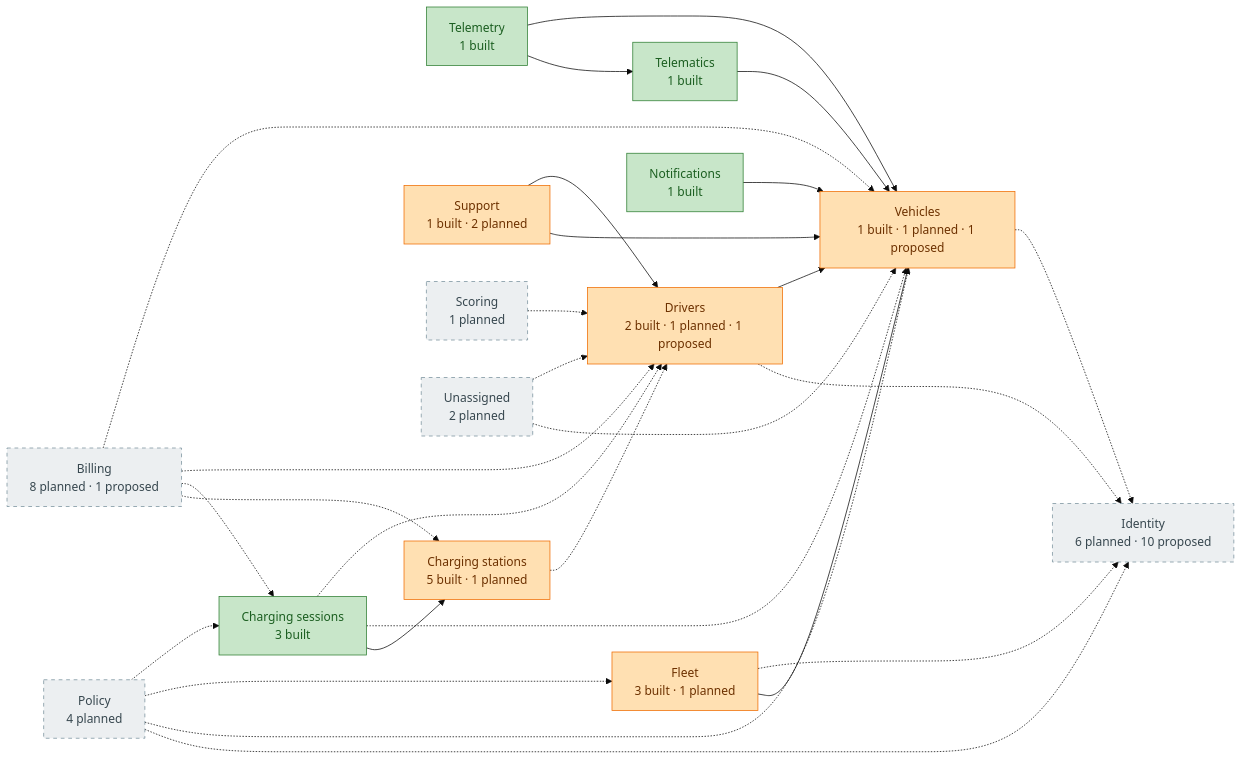
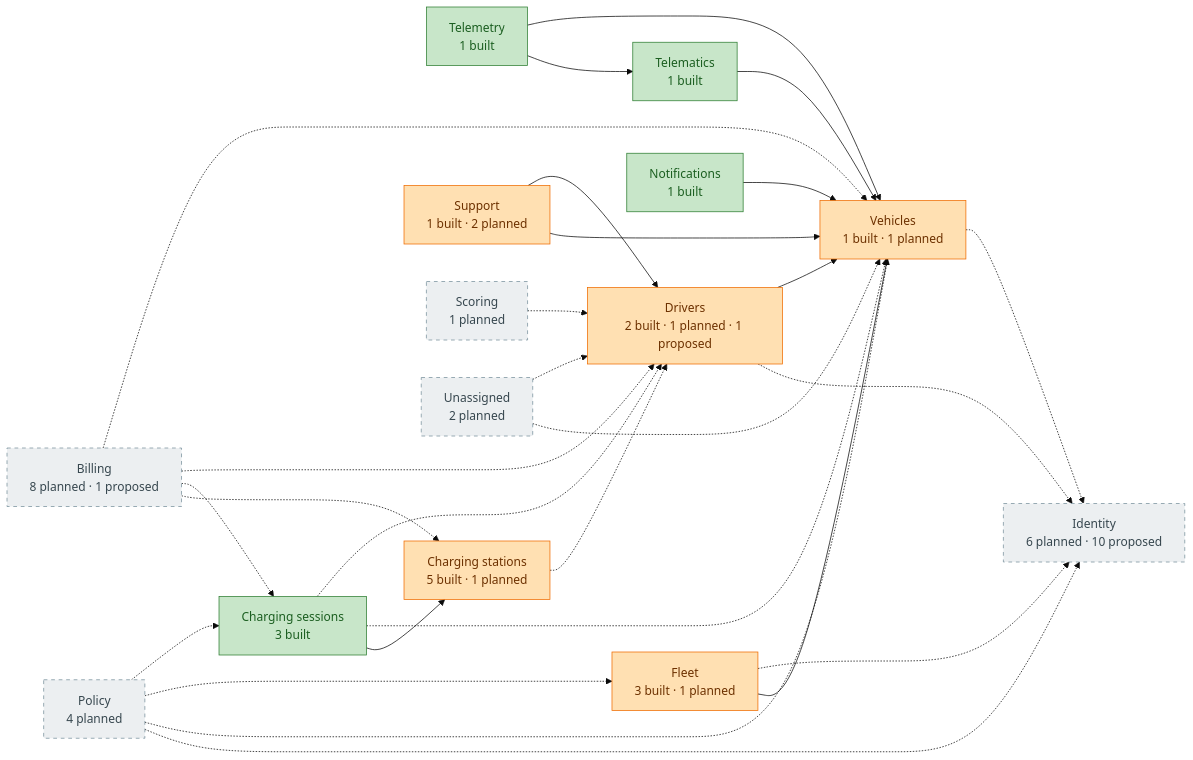
Before and after one commit to yolo-coccoc/G3Network-app: the diagram in docs/design/domain-model/overview.md, drawn with Mermaid (base theme). The commit also changed other lines of this file and 21 other files, not shown here.

````diff
--- a/docs/design/domain-model/overview.md
+++ b/docs/design/domain-model/overview.md
@@ -28,46 +28,46 @@
 ```mermaid
 flowchart LR
   identity["Identity<br/>6 planned · 10 proposed"]:::planned
-  vehicles["Vehicles<br/>1 built · 1 planned · 1 proposed"]:::partial
+  vehicles["Vehicles<br/>1 built · 1 planned"]:::partial
   telematics["Telematics<br/>1 built"]:::built
   telemetry["Telemetry<br/>1 built"]:::built
   drivers["Drivers<br/>2 built · 1 planned · 1 proposed"]:::partial
   fleet["Fleet<br/>3 built · 1 planned"]:::partial
   charging_stations["Charging stations<br/>5 built · 1 planned"]:::partial
   charging_sessions["Charging sessions<br/>3 built"]:::built
   notifications["Notifications<br/>1 built"]:::built
   support["Support<br/>1 built · 2 planned"]:::partial
   policy["Policy<br/>4 planned"]:::planned
   billing["Billing<br/>8 planned · 1 proposed"]:::planned
   scoring["Scoring<br/>1 planned"]:::planned
   unassigned["Unassigned<br/>2 planned"]:::planned
   telematics --> vehicles
   telemetry --> telematics
   telemetry --> vehicles
   drivers -.-> identity
   drivers --> vehicles
   fleet --> vehicles
   fleet -.-> identity
   charging_stations -.-> drivers
   charging_sessions --> charging_stations
   charging_sessions -.-> vehicles
   charging_sessions -.-> drivers
   notifications --> vehicles
   support --> vehicles
   support --> drivers
   policy -.-> identity
   policy -.-> vehicles
   policy -.-> fleet
   policy -.-> charging_sessions
   billing -.-> charging_stations
   billing -.-> charging_sessions
   billing -.-> drivers
   billing -.-> vehicles
   scoring -.-> drivers
   unassigned -.-> vehicles
   unassigned -.-> drivers
   vehicles -.-> identity
   classDef built fill:#C8E6C9,stroke:#2E7D32,color:#1B5E20
   classDef partial fill:#FFE0B2,stroke:#EF6C00,color:#6D3100
   classDef planned fill:#ECEFF1,stroke:#78909C,color:#37474F,stroke-dasharray:5 5
 ```
````
